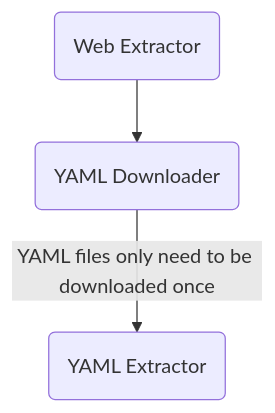
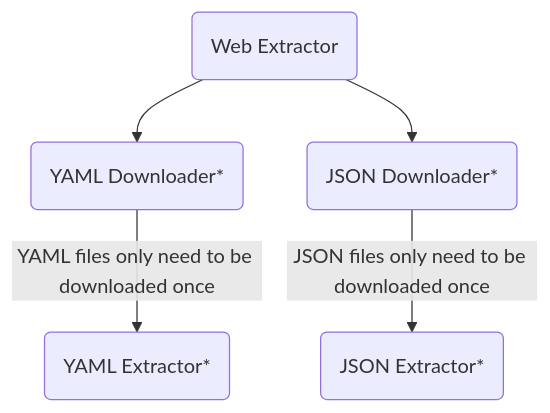
Before and after one commit to daniel-tran/meaningless: the diagram in DEVELOPMENT.md, drawn with Mermaid. The commit also changed other lines of this file and 3 other files, not shown here.

````diff
--- a/DEVELOPMENT.md
+++ b/DEVELOPMENT.md
@@ -14,5 +14,7 @@
 ```mermaid
 graph TD
-A(Web Extractor) --> B(YAML Downloader)
-B -- YAML files only need to be downloaded once --> D(YAML Extractor)
+A(Web Extractor) --> B(YAML Downloader*)
+A(Web Extractor) --> C(JSON Downloader*)
+B -- YAML files only need to be downloaded once --> D(YAML Extractor*)
+C -- JSON files only need to be downloaded once --> E(JSON Extractor*)
 ```
````
